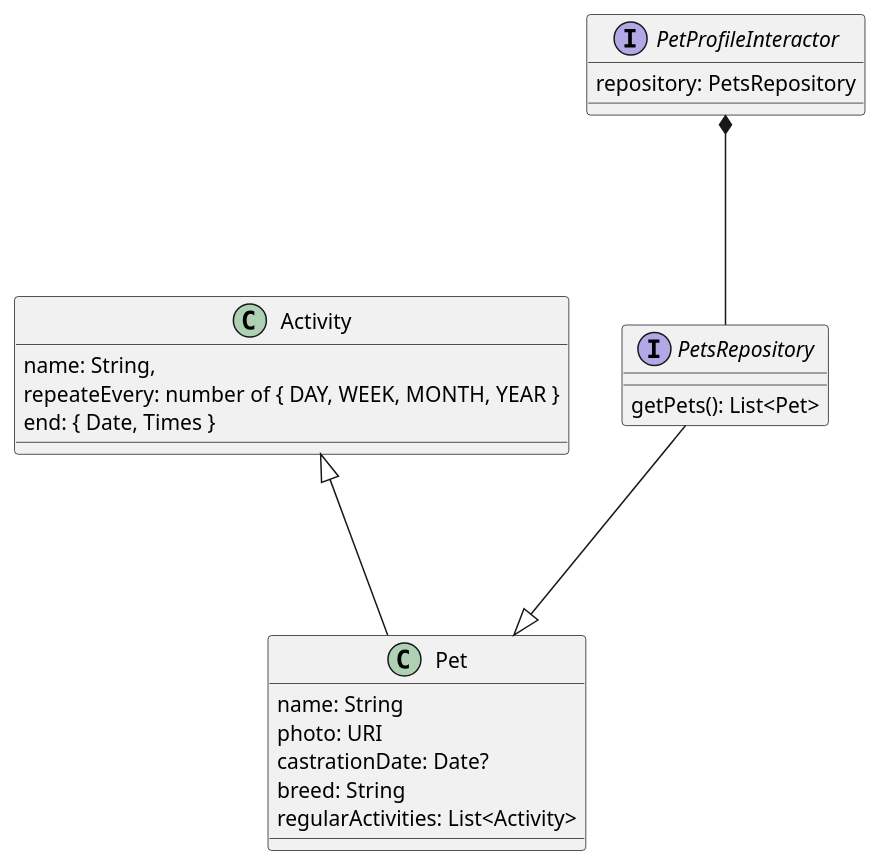
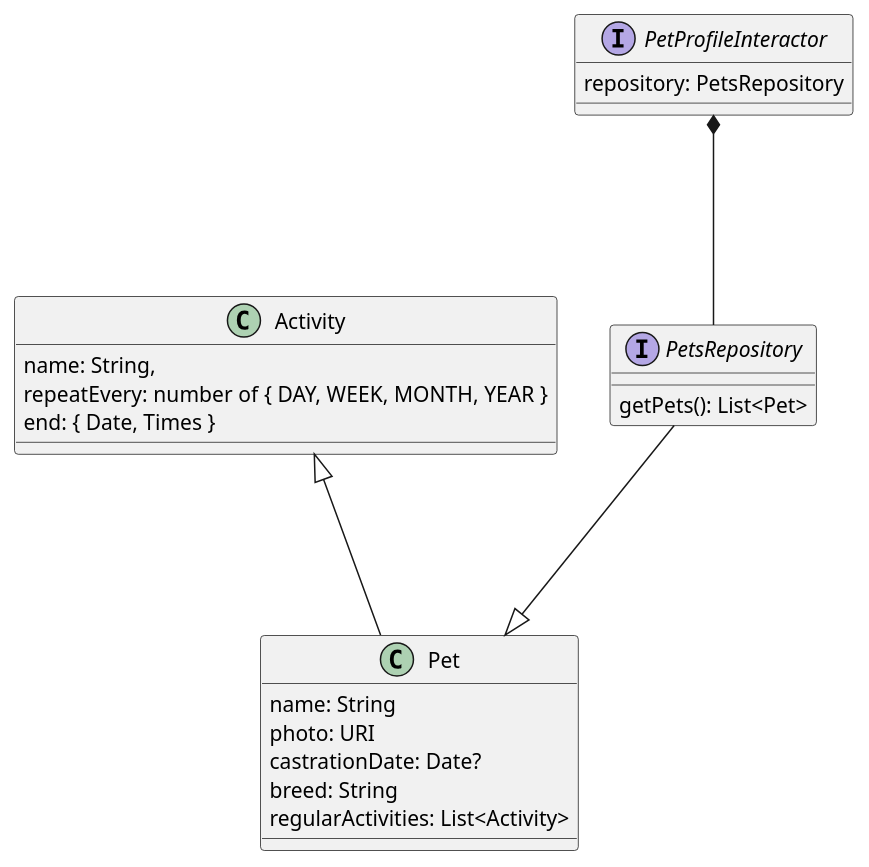
One commit to castlele/PetProfile changed the diagram in README.md. Above: the diagram before and after it, drawn with PlantUML. The commit also changed 13 other files, not shown here.

```diff
--- a/README.md
+++ b/README.md
@@ -5,31 +5,31 @@
 @startuml
 
 class Activity {
     name: String,
-    repeateEvery: number of { DAY, WEEK, MONTH, YEAR }
+    repeatEvery: number of { DAY, WEEK, MONTH, YEAR }
     end: { Date, Times }
 }
 
 class Pet {
     name: String
     photo: URI
     castrationDate: Date?
     breed: String
     regularActivities: List<Activity>
 }
 
 Activity <|--- Pet
 
 PetsRepository ---|> Pet
 
 interface PetsRepository {
     getPets(): List<Pet>
 }
 
 interface PetProfileInteractor {
     repository: PetsRepository
 }
 
 PetProfileInteractor *--- PetsRepository
 
 @enduml
```
